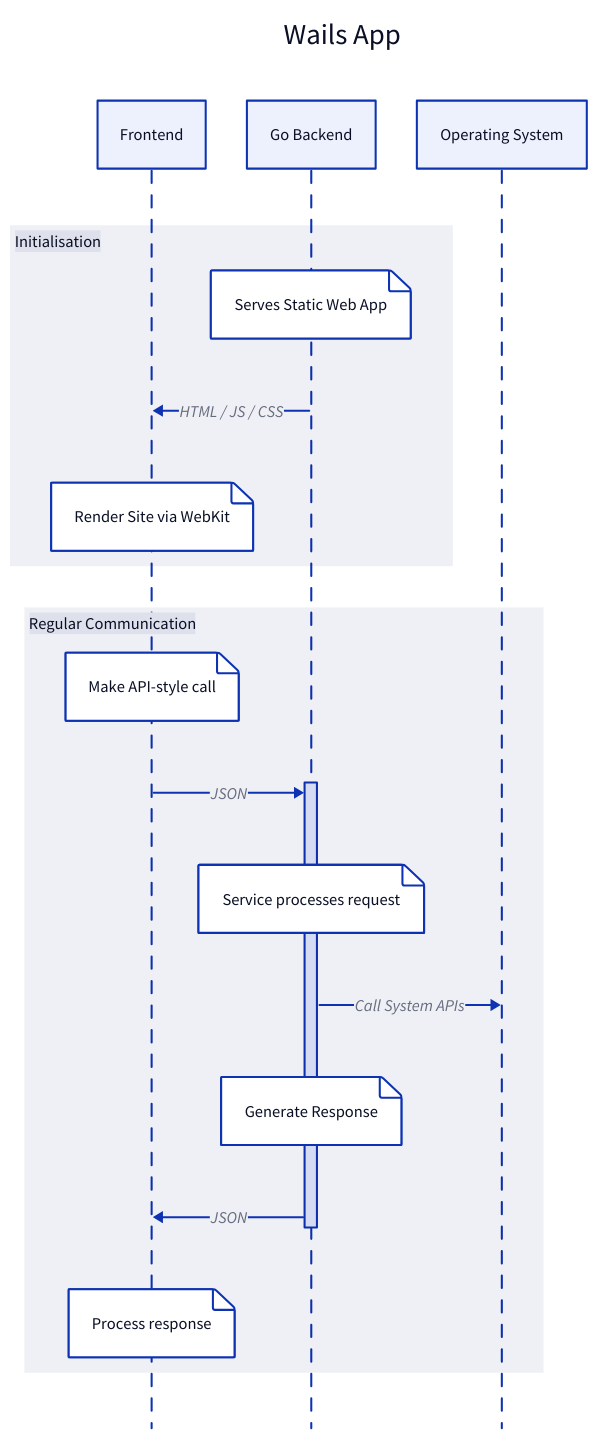
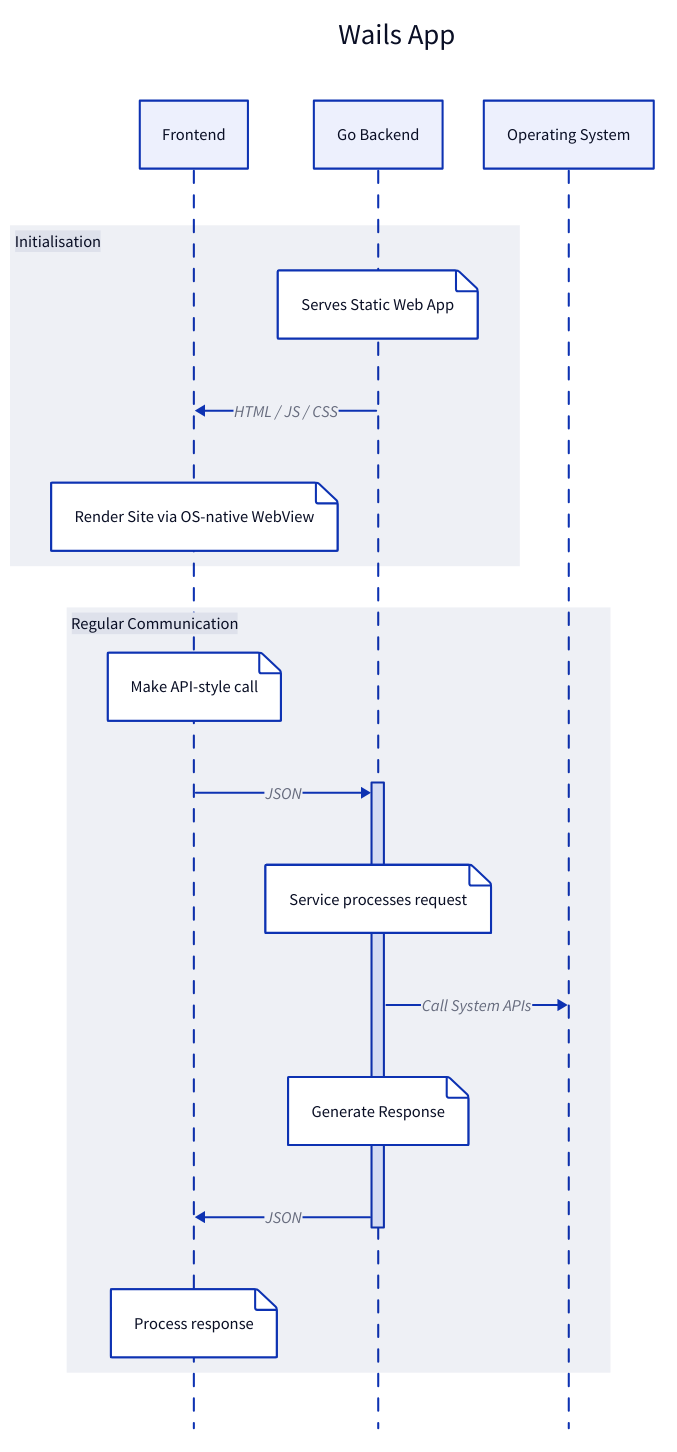
The first of 8 diagrams in .claude/skills/wails-overview/references/architecture.md (FxRayHughes/foundation), drawn with D2 before and after one commit. The commit also changed other lines of this file and 556 other files, not shown here.

````diff
--- a/.claude/skills/wails-overview/references/architecture.md
+++ b/.claude/skills/wails-overview/references/architecture.md
@@ -12,29 +10,29 @@
 ```d2
 direction: left
 
 Wails App: {
   shape: sequence_diagram
   label: "Wails App"
 
   frontend: Frontend
   backend: Go Backend
   os: Operating System
 
   Initialisation: {
     shape: sequence_diagram
     backend."Serves Static Web App"
     backend -> frontend: HTML / JS / CSS
-    frontend."Render Site via WebKit"
+    frontend."Render Site via OS-native WebView"
   }
   Regular Communication: {
     shape: sequence_diagram
     frontend."Make API-style call"
     frontend -> backend.a: JSON
     backend.a."Service processes request"
     backend.a -> os: Call System APIs
     backend.a."Generate Response"
     backend.a -> frontend: JSON
     frontend."Process response"
   }
 }
 ```
````
